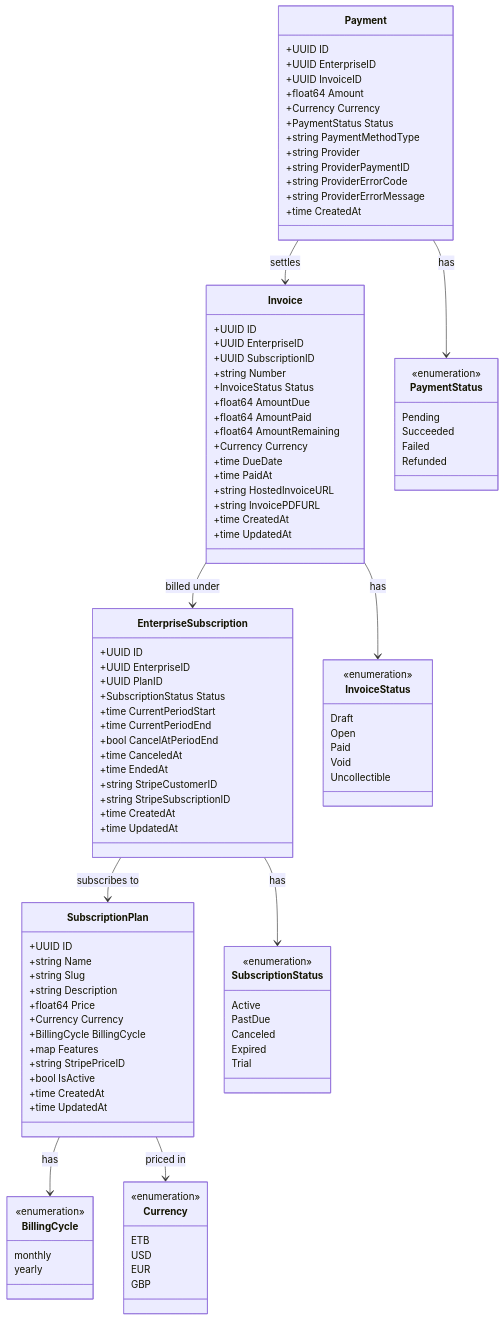
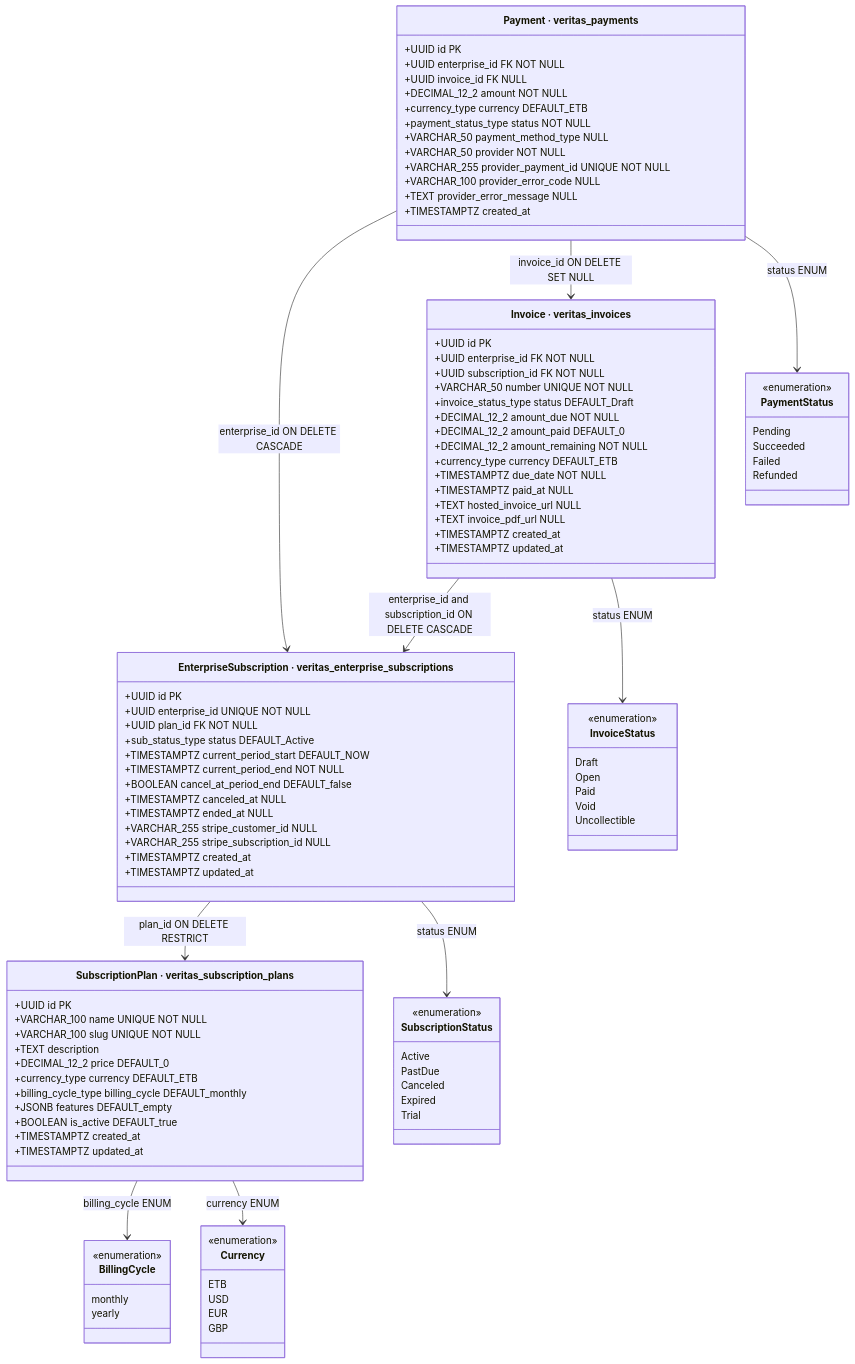
The fifth of 6 diagrams in docs/class_diagram.md (tamirat-dejene/veritas), drawn with Mermaid before and after one commit. The commit also changed other lines of this file, not shown here.

Commit message:
feat: Enhance class diagrams to include SQL schema details, table names, column types, constraints, and indexes.

````diff
--- a/docs/class_diagram.md
+++ b/docs/class_diagram.md
@@ -599,68 +610,67 @@
 classDiagram
     direction TB
 
-    class SubscriptionPlan {
-        +UUID ID
-        +string Name
-        +string Slug
-        +string Description
-        +float64 Price
-        +Currency Currency
-        +BillingCycle BillingCycle
-        +map Features
-        +string StripePriceID
-        +bool IsActive
-        +time CreatedAt
-        +time UpdatedAt
+    class SubscriptionPlan["SubscriptionPlan · veritas_subscription_plans"] {
+        +UUID id PK
+        +VARCHAR_100 name UNIQUE NOT NULL
+        +VARCHAR_100 slug UNIQUE NOT NULL
+        +TEXT description
+        +DECIMAL_12_2 price DEFAULT_0
+        +currency_type currency DEFAULT_ETB
+        +billing_cycle_type billing_cycle DEFAULT_monthly
+        +JSONB features DEFAULT_empty
+        +BOOLEAN is_active DEFAULT_true
+        +TIMESTAMPTZ created_at
+        +TIMESTAMPTZ updated_at
     }
 
-    class EnterpriseSubscription {
-        +UUID ID
-        +UUID EnterpriseID
-        +UUID PlanID
-        +SubscriptionStatus Status
-        +time CurrentPeriodStart
-        +time CurrentPeriodEnd
-        +bool CancelAtPeriodEnd
-        +time CanceledAt
-        +time EndedAt
-        +string StripeCustomerID
-        +string StripeSubscriptionID
-        +time CreatedAt
-        +time UpdatedAt
+    class EnterpriseSubscription["EnterpriseSubscription · veritas_enterprise_subscriptions"] {
+        +UUID id PK
+        +UUID enterprise_id UNIQUE NOT NULL
+        +UUID plan_id FK NOT NULL
+        +sub_status_type status DEFAULT_Active
+        +TIMESTAMPTZ current_period_start DEFAULT_NOW
+        +TIMESTAMPTZ current_period_end NOT NULL
+        +BOOLEAN cancel_at_period_end DEFAULT_false
+        +TIMESTAMPTZ canceled_at NULL
+        +TIMESTAMPTZ ended_at NULL
+        +VARCHAR_255 stripe_customer_id NULL
+        +VARCHAR_255 stripe_subscription_id NULL
+        +TIMESTAMPTZ created_at
+        +TIMESTAMPTZ updated_at
     }
 
-    class Invoice {
-        +UUID ID
-        +UUID EnterpriseID
-        +UUID SubscriptionID
-        +string Number
-        +InvoiceStatus Status
-        +float64 AmountDue
-        +float64 AmountPaid
-        +float64 AmountRemaining
-        +Currency Currency
-        +time DueDate
-        +time PaidAt
-        +string HostedInvoiceURL
-        +string InvoicePDFURL
-        +time CreatedAt
-        +time UpdatedAt
+    class Invoice["Invoice · veritas_invoices"] {
+        +UUID id PK
+        +UUID enterprise_id FK NOT NULL
+        +UUID subscription_id FK NOT NULL
+        +VARCHAR_50 number UNIQUE NOT NULL
+        +invoice_status_type status DEFAULT_Draft
+        +DECIMAL_12_2 amount_due NOT NULL
+        +DECIMAL_12_2 amount_paid DEFAULT_0
+        +DECIMAL_12_2 amount_remaining NOT NULL
+        +currency_type currency DEFAULT_ETB
+        +TIMESTAMPTZ due_date NOT NULL
+        +TIMESTAMPTZ paid_at NULL
+        +TEXT hosted_invoice_url NULL
+        +TEXT invoice_pdf_url NULL
+        +TIMESTAMPTZ created_at
+        +TIMESTAMPTZ updated_at
     }
 
-    class Payment {
-        +UUID ID
-        +UUID EnterpriseID
-        +UUID InvoiceID
-        +float64 Amount
-        +Currency Currency
-        +PaymentStatus Status
-        +string PaymentMethodType
-        +string Provider
-        +string ProviderPaymentID
-        +string ProviderErrorCode
-        +string ProviderErrorMessage
-        +time CreatedAt
+    class Payment["Payment · veritas_payments"] {
+        +UUID id PK
+        +UUID enterprise_id FK NOT NULL
+        +UUID invoice_id FK NULL
+        +DECIMAL_12_2 amount NOT NULL
+        +currency_type currency DEFAULT_ETB
+        +payment_status_type status NOT NULL
+        +VARCHAR_50 payment_method_type NULL
+        +VARCHAR_50 provider NOT NULL
+        +VARCHAR_255 provider_payment_id UNIQUE NOT NULL
+        +VARCHAR_100 provider_error_code NULL
+        +TEXT provider_error_message NULL
+        +TIMESTAMPTZ created_at
     }
 
     class BillingCycle {
@@ -703,12 +713,13 @@
         Refunded
     }
 
-    EnterpriseSubscription --> SubscriptionPlan : subscribes to
-    EnterpriseSubscription --> SubscriptionStatus : has
-    Invoice --> EnterpriseSubscription : billed under
-    Invoice --> InvoiceStatus : has
-    Payment --> Invoice : settles
-    Payment --> PaymentStatus : has
-    SubscriptionPlan --> BillingCycle : has
-    SubscriptionPlan --> Currency : priced in
+    EnterpriseSubscription --> SubscriptionPlan : plan_id ON DELETE RESTRICT
+    EnterpriseSubscription --> SubscriptionStatus : status ENUM
+    Invoice --> EnterpriseSubscription : enterprise_id and subscription_id ON DELETE CASCADE
+    Invoice --> InvoiceStatus : status ENUM
+    Payment --> EnterpriseSubscription : enterprise_id ON DELETE CASCADE
+    Payment --> Invoice : invoice_id ON DELETE SET NULL
+    Payment --> PaymentStatus : status ENUM
+    SubscriptionPlan --> BillingCycle : billing_cycle ENUM
+    SubscriptionPlan --> Currency : currency ENUM
 ```
````
